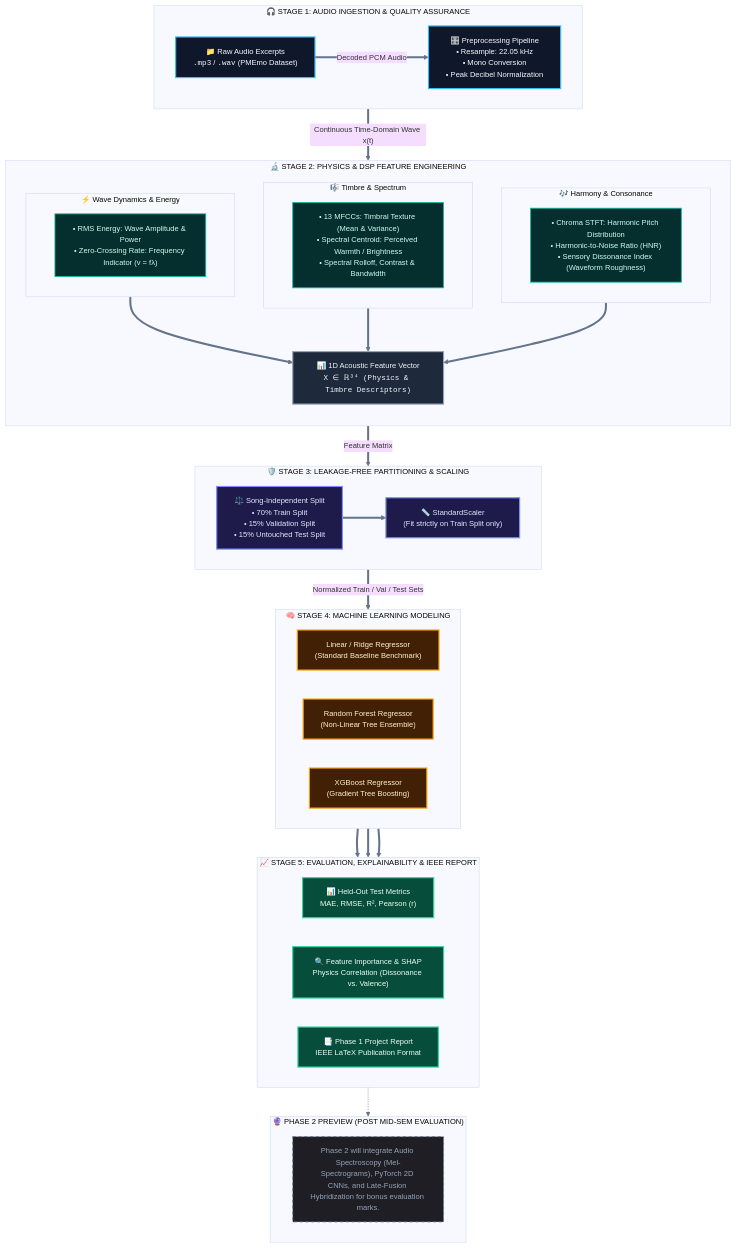
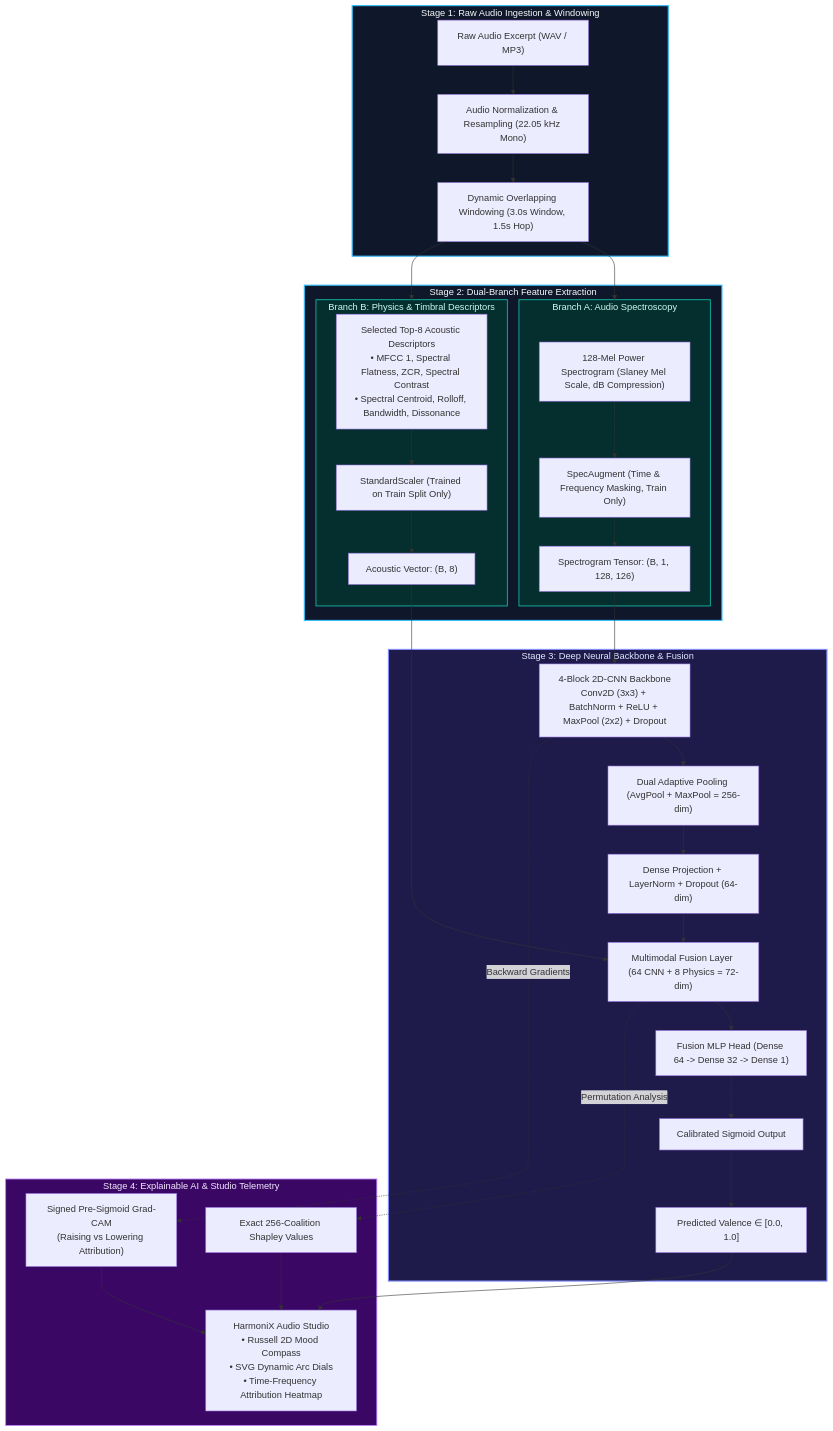
One commit to adnan275/HarmoniX changed the diagram in README.md. Above: the diagram before and after it, drawn with Mermaid. The commit also changed other lines of this file, not shown here.

Commit message:
updated readme for phase 2 multimodal architecture and benchmarks

````diff
--- a/README.md
+++ b/README.md
@@ -28,70 +40,59 @@
 ```mermaid
-%%{init: {'theme': 'base', 'themeVariables': { 'fontFamily': 'Inter, system-ui, sans-serif', 'fontSize': '13px', 'lineColor': '#64748b' }}}%%
 flowchart TB
-
-    subgraph S1["🎧 STAGE 1: AUDIO INGESTION & QUALITY ASSURANCE"]
-        direction LR
-        RAW["📁 Raw Audio Excerpts<br/><code>.mp3</code> / <code>.wav</code> (PMEmo Dataset)"]:::inputNode
-        PRE["🎛️ Preprocessing Pipeline<br/>• Resample: 22.05 kHz<br/>• Mono Conversion<br/>• Peak Decibel Normalization"]:::inputNode
-        RAW ==>|"Decoded PCM Audio"| PRE
+    subgraph STAGE1["Stage 1: Raw Audio Ingestion & Windowing"]
+        RAW["Raw Audio Excerpt (WAV / MP3)"] --> PRE["Audio Normalization & Resampling (22.05 kHz Mono)"]
+        PRE --> WIN["Dynamic Overlapping Windowing (3.0s Window, 1.5s Hop)"]
     end
 
-    PRE ==>|"Continuous Time-Domain Wave x(t)"| S2
+    WIN --> BRANCH_SPEC
+    WIN --> BRANCH_PHYS
 
-    subgraph S2["🔬 STAGE 2: PHYSICS & DSP FEATURE ENGINEERING"]
-        direction TB
-        subgraph P1["⚡ Wave Dynamics & Energy"]
-            F_ENERGY["• RMS Energy: Wave Amplitude & Power<br/>• Zero-Crossing Rate: Frequency Indicator (v = fλ)"]:::dspNode
+    subgraph STAGE2["Stage 2: Dual-Branch Feature Extraction"]
+        subgraph BRANCH_SPEC["Branch A: Audio Spectroscopy"]
+            SPEC["128-Mel Power Spectrogram (Slaney Mel Scale, dB Compression)"]
+            AUG["SpecAugment (Time & Frequency Masking, Train Only)"]
+            SPEC --> AUG
+            TENSOR["Spectrogram Tensor: (B, 1, 128, 126)"]
+            AUG --> TENSOR
         end
-        subgraph P2["🎼 Timbre & Spectrum"]
-            F_SPEC["• 13 MFCCs: Timbral Texture (Mean & Variance)<br/>• Spectral Centroid: Perceived Warmth / Brightness<br/>• Spectral Rolloff, Contrast & Bandwidth"]:::dspNode
+
+        subgraph BRANCH_PHYS["Branch B: Physics & Timbral Descriptors"]
+            TOP8["Selected Top-8 Acoustic Descriptors<br/>• MFCC 1, Spectral Flatness, ZCR, Spectral Contrast<br/>• Spectral Centroid, Rolloff, Bandwidth, Dissonance"]
+            SCALE["StandardScaler (Trained on Train Split Only)"]
+            TOP8 --> SCALE
+            TAB_TENSOR["Acoustic Vector: (B, 8)"]
+            SCALE --> TAB_TENSOR
         end
-        subgraph P3["🎶 Harmony & Consonance"]
-            F_HARM["• Chroma STFT: Harmonic Pitch Distribution<br/>• Harmonic-to-Noise Ratio (HNR)<br/>• Sensory Dissonance Index (Waveform Roughness)"]:::dspNode
-        end
-        VEC["📊 1D Acoustic Feature Vector<br/><code>X ∈ ℝ³⁴ (Physics & Timbre Descriptors)</code>"]:::featNode
-        P1 & P2 & P3 ==> VEC
     end
 
-    VEC ==>|"Feature Matrix"| S3
-
-    subgraph S3["🛡️ STAGE 3: LEAKAGE-FREE PARTITIONING & SCALING"]
-        direction LR
-        SPLIT["⚖️ Song-Independent Split<br/>• 70% Train Split<br/>• 15% Validation Split<br/>• 15% Untouched Test Split"]:::splitNode
-        SCALE["📏 StandardScaler<br/>(Fit strictly on Train Split only)"]:::splitNode
-        SPLIT ==> SCALE
+    subgraph STAGE3["Stage 3: Deep Neural Backbone & Fusion"]
+        TENSOR --> CNN_BLOCKS["4-Block 2D-CNN Backbone<br/>Conv2D (3x3) + BatchNorm + ReLU + MaxPool (2x2) + Dropout"]
+        CNN_BLOCKS --> DUAL_POOL["Dual Adaptive Pooling (AvgPool + MaxPool = 256-dim)"]
+        DUAL_POOL --> PROJ["Dense Projection + LayerNorm + Dropout (64-dim)"]
+        
+        PROJ --> FUSION_CONCAT["Multimodal Fusion Layer (64 CNN + 8 Physics = 72-dim)"]
+        TAB_TENSOR --> FUSION_CONCAT
+        
+        FUSION_CONCAT --> FUSION_HEAD["Fusion MLP Head (Dense 64 -> Dense 32 -> Dense 1)"]
+        FUSION_HEAD --> SIGMOID["Calibrated Sigmoid Output"]
+        SIGMOID --> VALENCE["Predicted Valence ∈ [0.0, 1.0]"]
     end
 
-    SCALE ==>|"Normalized Train / Val / Test Sets"| S4
-
-    subgraph S4["🧠 STAGE 4: MACHINE LEARNING MODELING"]
-        direction LR
-        M1["Linear / Ridge Regressor<br/>(Standard Baseline Benchmark)"]:::mlNode
-        M2["Random Forest Regressor<br/>(Non-Linear Tree Ensemble)"]:::mlNode
-        M3["XGBoost Regressor<br/>(Gradient Tree Boosting)"]:::mlNode
+    subgraph STAGE4["Stage 4: Explainable AI & Studio Telemetry"]
+        CNN_BLOCKS -.->|"Backward Gradients"| GRADCAM["Signed Pre-Sigmoid Grad-CAM<br/>(Raising vs Lowering Attribution)"]
+        FUSION_CONCAT -.->|"Permutation Analysis"| SHAPLEY["Exact 256-Coalition Shapley Values"]
+        VALENCE --> STUDIO["HarmoniX Audio Studio<br/>• Russell 2D Mood Compass<br/>• SVG Dynamic Arc Dials<br/>• Time-Frequency Attribution Heatmap"]
+        GRADCAM --> STUDIO
+        SHAPLEY --> STUDIO
     end
 
-    M1 & M2 & M3 ==> S5
-
-    subgraph S5["📈 STAGE 5: EVALUATION, EXPLAINABILITY & IEEE REPORT"]
-        direction LR
-        OUT1["📊 Held-Out Test Metrics<br/>MAE, RMSE, R², Pearson (r)"]:::evalNode
-        OUT2["🔍 Feature Importance & SHAP<br/>Physics Correlation (Dissonance vs. Valence)"]:::evalNode
-        OUT3["📑 Phase 1 Project Report<br/>IEEE LaTeX Publication Format"]:::evalNode
-    end
-
-    subgraph S6["🔮 PHASE 2 PREVIEW (POST MID-SEM EVALUATION)"]
-        direction LR
-        P2_NOTE["Phase 2 will integrate Audio Spectroscopy (Mel-Spectrograms), PyTorch 2D CNNs, and Late-Fusion Hybridization for bonus evaluation marks."]:::previewNode
-    end
-
-    S5 -.-> S6
-
-    classDef inputNode fill:#0f172a,stroke:#38bdf8,stroke-width:2px,color:#f8fafc;
-    classDef dspNode fill:#042f2e,stroke:#14b8a6,stroke-width:1.5px,color:#ccfbf1;
-    classDef featNode fill:#1e293b,stroke:#94a3b8,stroke-width:2px,color:#f1f5f9;
-    classDef splitNode fill:#1e1b4b,stroke:#818cf8,stroke-width:2px,color:#e0e7ff;
-    classDef mlNode fill:#422006,stroke:#f59e0b,stroke-width:2px,color:#fef3c7;
-    classDef evalNode fill:#064e3b,stroke:#34d399,stroke-width:2px,color:#ecfdf5;
-    classDef previewNode fill:#1e1e24,stroke:#64748b,stroke-width:1.5px,stroke-dasharray: 5 5,color:#94a3b8;
+    classDef stage fill:#0f172a,stroke:#38bdf8,stroke-width:2px,color:#f8fafc;
+    classDef branch fill:#042f2e,stroke:#14b8a6,stroke-width:1.5px,color:#ccfbf1;
+    classDef model fill:#1e1b4b,stroke:#818cf8,stroke-width:2px,color:#e0e7ff;
+    classDef xai fill:#3b0764,stroke:#c084fc,stroke-width:1.5px,color:#f3e8ff;
+    
+    class STAGE1,STAGE2 stage;
+    class BRANCH_SPEC,BRANCH_PHYS branch;
+    class STAGE3 model;
+    class STAGE4 xai;
 ```
````
